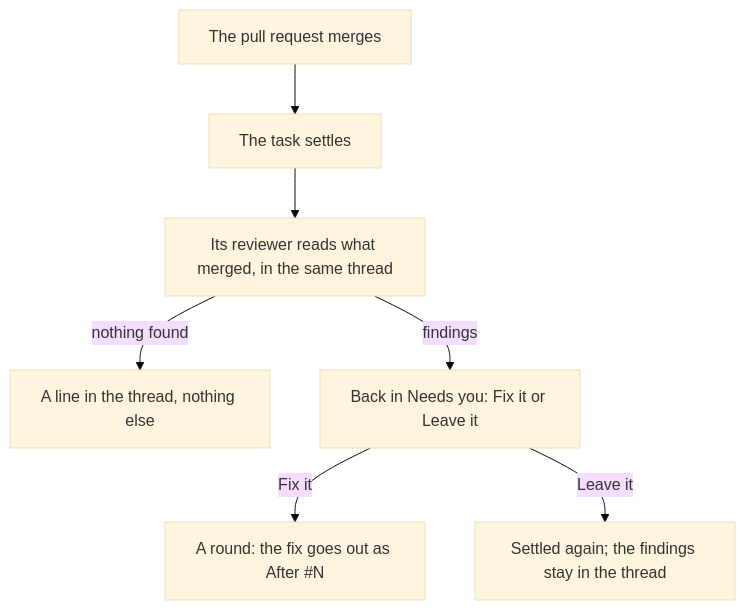
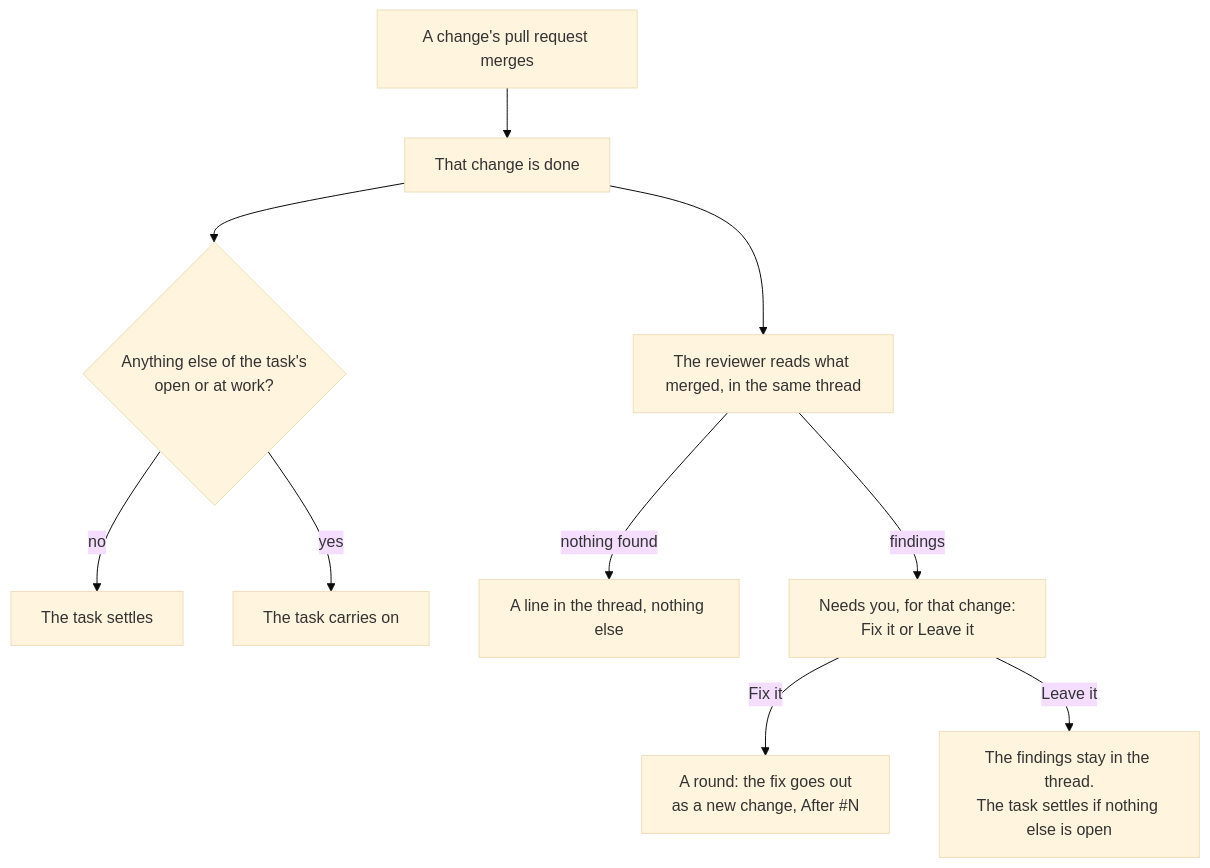
One commit to AltharIDE/althar changed the fifth of 5 diagrams in docs/decisions/proposed/a-task-is-a-conversation-plus-parts.md. Above: the diagram before and after it, drawn with Mermaid (base theme). The commit also changed other lines of this file and 1 other file, not shown here.

First line of the commit message:
Proposal: a hold reaches up a stack, a merge settles only its change

````diff
--- a/docs/decisions/proposed/a-task-is-a-conversation-plus-parts.md
+++ b/docs/decisions/proposed/a-task-is-a-conversation-plus-parts.md
@@ -713,9 +749,12 @@
 ```mermaid
 flowchart TD
-  M["The pull request merges"] --> S["The task settles"]
-  S --> R["Its reviewer reads what merged, in the same thread"]
+  M["A change's pull request merges"] --> D["That change is done"]
+  D --> L{"Anything else of the task's<br/>open or at work?"}
+  L -->|"no"| S["The task settles"]
+  L -->|"yes"| C["The task carries on"]
+  D --> R["The reviewer reads what merged, in the same thread"]
   R -->|"nothing found"| Q["A line in the thread, nothing else"]
-  R -->|"findings"| N["Back in Needs you: Fix it or Leave it"]
-  N -->|"Fix it"| F["A round: the fix goes out as After #N"]
-  N -->|"Leave it"| D["Settled again; the findings stay in the thread"]
+  R -->|"findings"| N["Needs you, for that change:<br/>Fix it or Leave it"]
+  N -->|"Fix it"| F["A round: the fix goes out<br/>as a new change, After #N"]
+  N -->|"Leave it"| E["The findings stay in the thread.<br/>The task settles if nothing else is open"]
 ```
````
